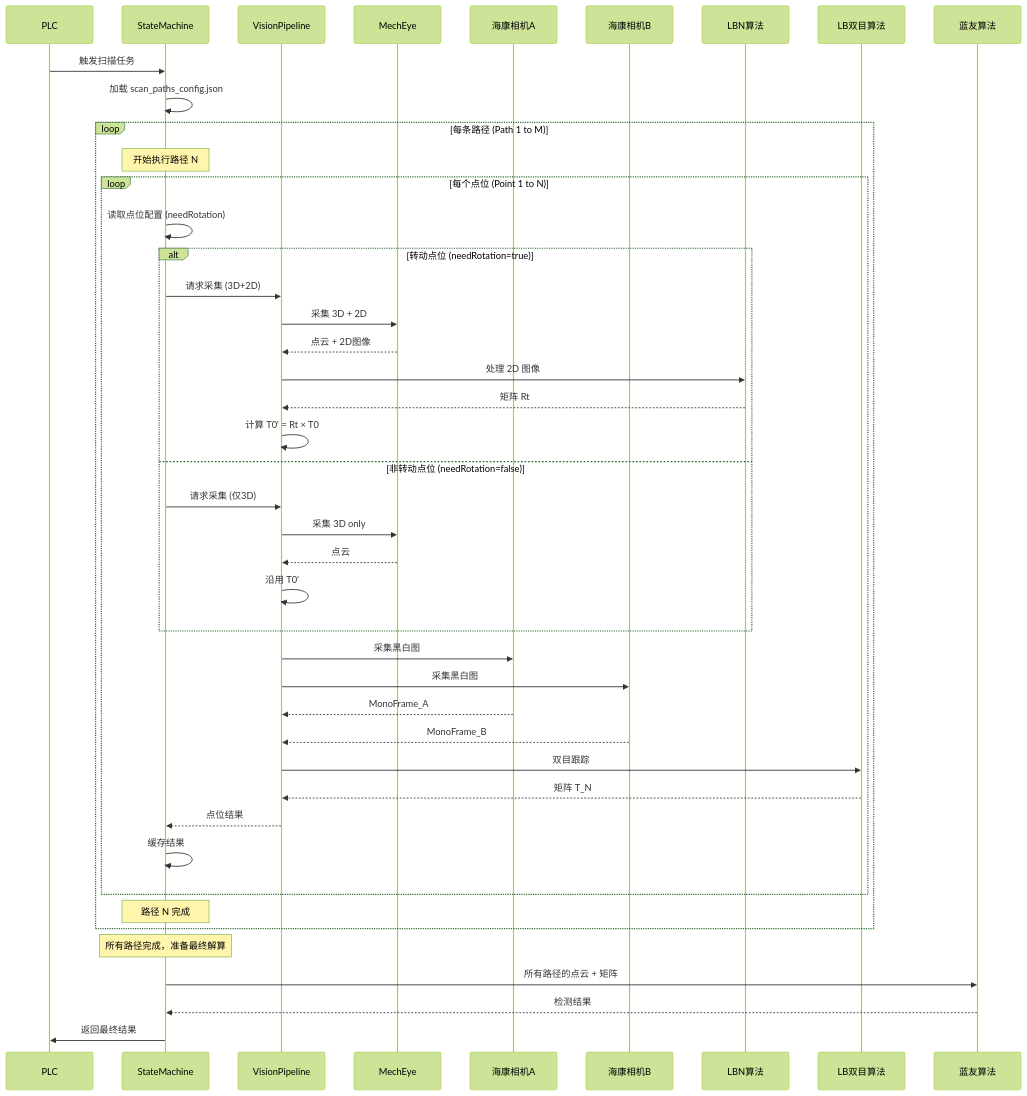
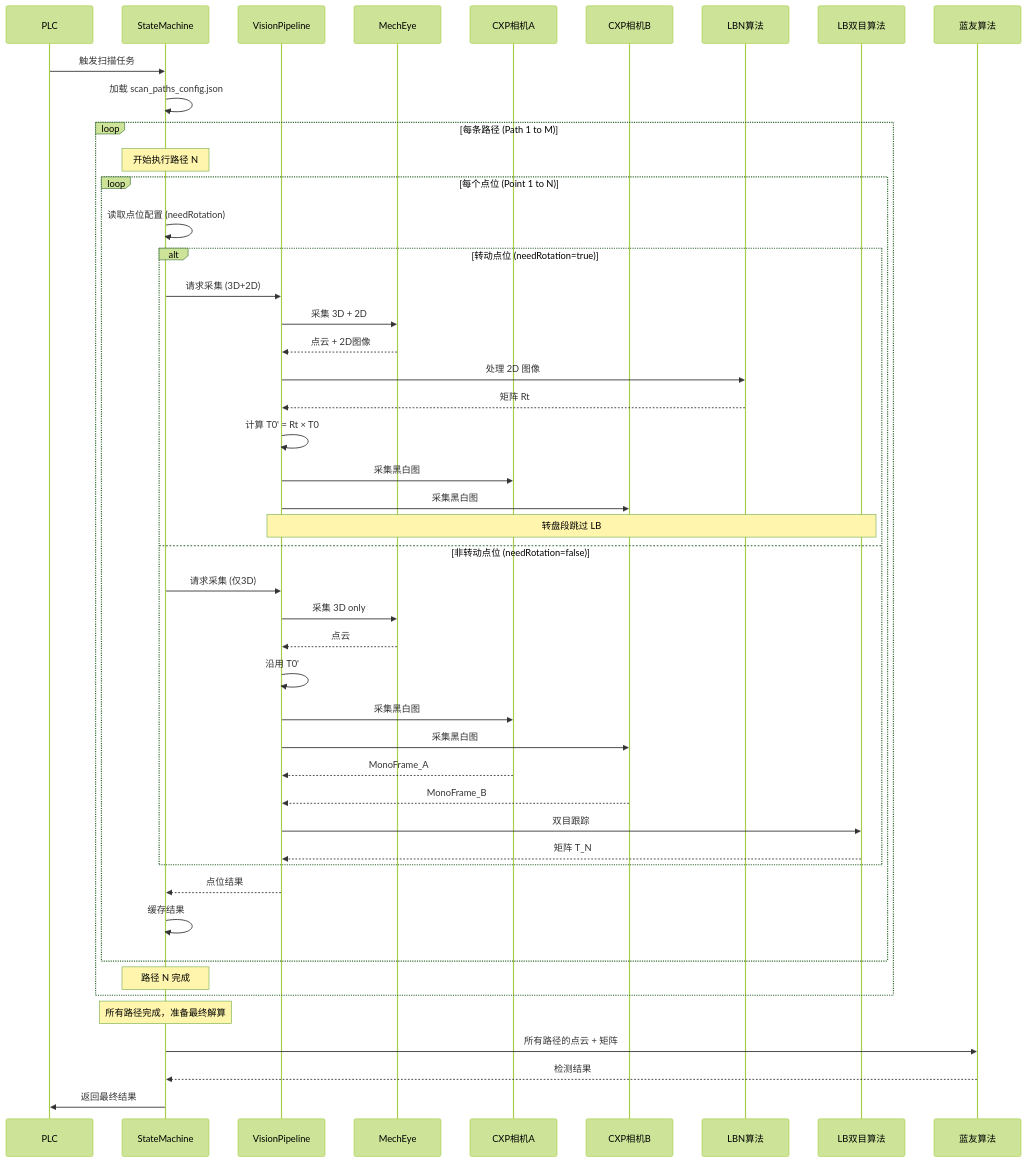
The second of 2 diagrams in docs/多点位扫描与位姿跟踪完整流程.md (icon-handsome/LY_Station2), drawn with Mermaid (forest theme) before and after one commit. The commit also changed other lines of this file and 11 other files, not shown here.

````diff
--- a/docs/多点位扫描与位姿跟踪完整流程.md
+++ b/docs/多点位扫描与位姿跟踪完整流程.md
@@ -574,53 +572,55 @@
 ```mermaid
 sequenceDiagram
     participant PLC
     participant StateMachine
     participant VisionPipeline
     participant MechEye
-    participant HikA as 海康相机A
-    participant HikB as 海康相机B
+    participant HikA as CXP相机A
+    participant HikB as CXP相机B
     participant LBN as LBN算法
     participant LB as LB双目算法
     participant LY as 蓝友算法
 
     PLC->>StateMachine: 触发扫描任务
     StateMachine->>StateMachine: 加载 scan_paths_config.json
     
     loop 每条路径 (Path 1 to M)
         Note over StateMachine: 开始执行路径 N
         
         loop 每个点位 (Point 1 to N)
             StateMachine->>StateMachine: 读取点位配置 (needRotation)
             
             alt 转动点位 (needRotation=true)
                 StateMachine->>VisionPipeline: 请求采集 (3D+2D)
                 VisionPipeline->>MechEye: 采集 3D + 2D
                 MechEye-->>VisionPipeline: 点云 + 2D图像
                 VisionPipeline->>LBN: 处理 2D 图像
                 LBN-->>VisionPipeline: 矩阵 Rt
                 VisionPipeline->>VisionPipeline: 计算 T0' = Rt × T0
+                VisionPipeline->>HikA: 采集黑白图
+                VisionPipeline->>HikB: 采集黑白图
+                Note over VisionPipeline,LB: 转盘段跳过 LB
             else 非转动点位 (needRotation=false)
                 StateMachine->>VisionPipeline: 请求采集 (仅3D)
                 VisionPipeline->>MechEye: 采集 3D only
                 MechEye-->>VisionPipeline: 点云
                 VisionPipeline->>VisionPipeline: 沿用 T0'
+                VisionPipeline->>HikA: 采集黑白图
+                VisionPipeline->>HikB: 采集黑白图
+                HikA-->>VisionPipeline: MonoFrame_A
+                HikB-->>VisionPipeline: MonoFrame_B
+                VisionPipeline->>LB: 双目跟踪
+                LB-->>VisionPipeline: 矩阵 T_N
             end
-            
-            VisionPipeline->>HikA: 采集黑白图
-            VisionPipeline->>HikB: 采集黑白图
-            HikA-->>VisionPipeline: MonoFrame_A
-            HikB-->>VisionPipeline: MonoFrame_B
-            VisionPipeline->>LB: 双目跟踪
-            LB-->>VisionPipeline: 矩阵 T_N
             VisionPipeline-->>StateMachine: 点位结果
             StateMachine->>StateMachine: 缓存结果
         end
         
         Note over StateMachine: 路径 N 完成
     end
     
     Note over StateMachine: 所有路径完成，准备最终解算
     StateMachine->>LY: 所有路径的点云 + 矩阵
     LY-->>StateMachine: 检测结果
     StateMachine->>PLC: 返回最终结果
 ```
````
